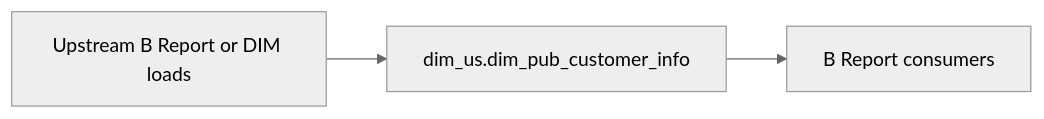
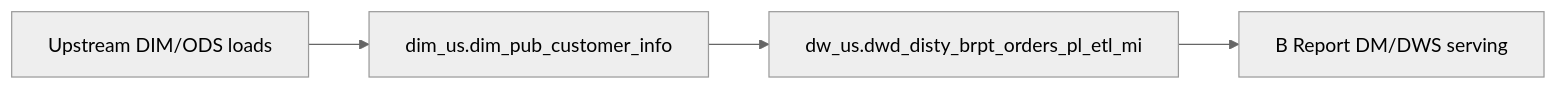
One commit to chengduhaha/data_agent changed the diagram in backend/defaults/b_report/workspace/target/knowledgebase/b-report-us/dim_pub_customer_info.md. Above: the diagram before and after it, drawn with Mermaid (neutral theme). The commit also changed other lines of this file and 1108 other files, not shown here.

````diff
--- a/backend/defaults/b_report/workspace/target/knowledgebase/b-report-us/dim_pub_customer_info.md
+++ b/backend/defaults/b_report/workspace/target/knowledgebase/b-report-us/dim_pub_customer_info.md
@@ -144,8 +138,10 @@
 ```mermaid
 flowchart LR
-  upstream[Upstream B Report or DIM loads]
-  tgt["dim_us.dim_pub_customer_info"]
-  brpt[B Report consumers]
-  upstream --> tgt
-  tgt --> brpt
+  upstream["Upstream DIM/ODS loads"]
+  dim["dim_us.dim_pub_customer_info"]
+  hub["dw_us.dwd_disty_brpt_orders_pl_etl_mi"]
+  dm["B Report DM/DWS serving"]
+  upstream --> dim
+  dim --> hub
+  hub --> dm
 ```
````
